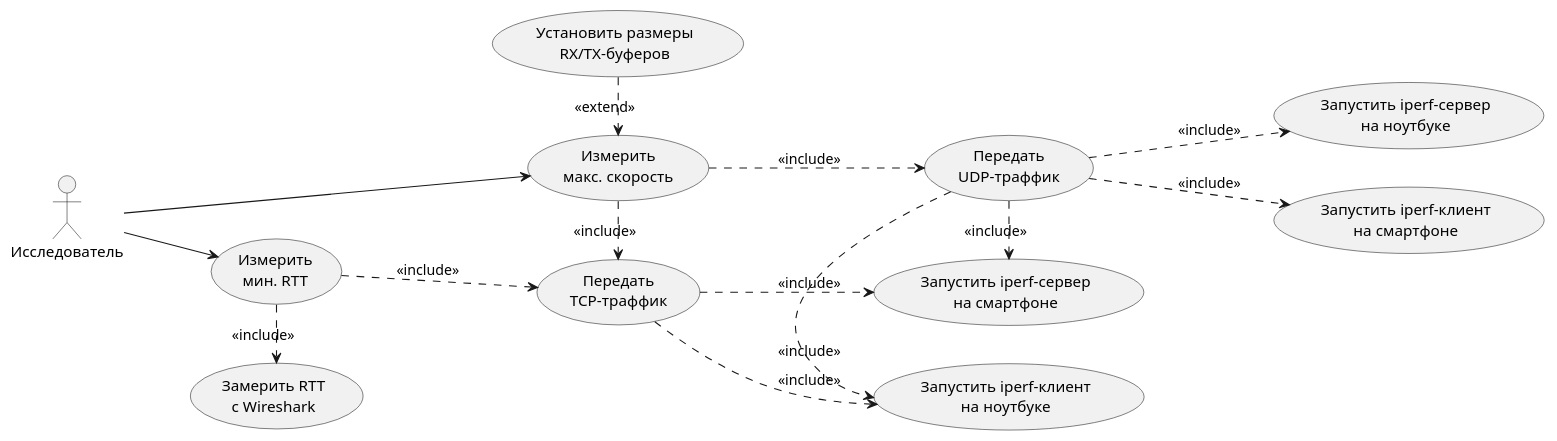
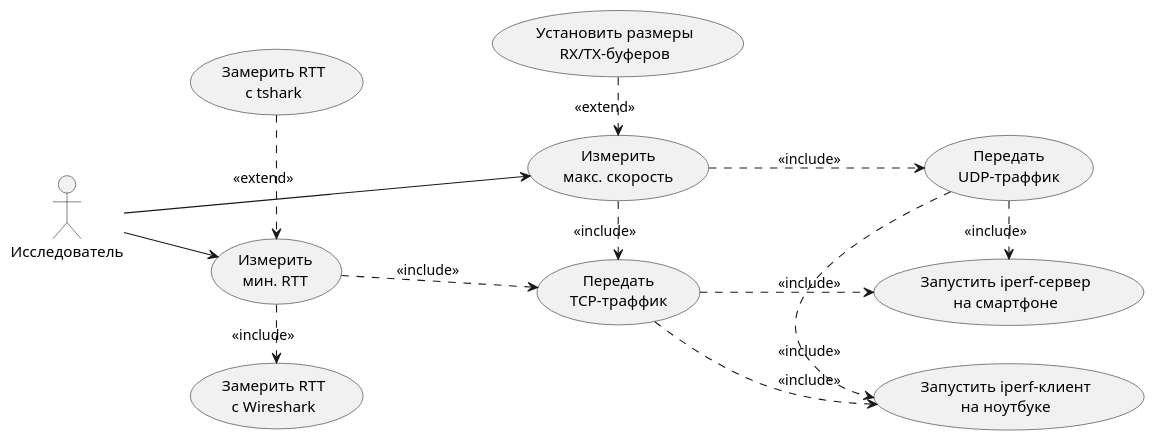
One commit to comeillfoo/telecom-netsys-design-3 changed the diagram in usecase.pu. Above: the diagram before and after it, drawn with PlantUML. The commit also changed 1 other file, not shown here.

Commit message:
feat: network and use-case diagrams

```diff
--- a/usecase.pu
+++ b/usecase.pu
@@ -1,34 +1,32 @@
 @startuml
 left to right direction
 
 :Исследователь: as user
 (Измерить\nмакс. скорость) as (measure_maxspeed)
 (Измерить\nмин. RTT) as (measure_minrtt)
 
 user --> measure_maxspeed
 user --> measure_minrtt
 
 (Передать\nTCP-траффик) as (sendrecv_tcp)
 (Запустить iperf-сервер\nна смартфоне) as (iperf_server_phone)
 (Запустить iperf-клиент\nна ноутбуке) as (iperf_client_laptop)
 (Замерить RTT\nс Wireshark) as (measure_via_wireshark)
+(Замерить RTT\nс tshark) as (measure_via_tshark)
 
 measure_minrtt ..> sendrecv_tcp : <<include>>
 measure_minrtt .> measure_via_wireshark : <<include>>
+measure_via_tshark .> measure_minrtt : <<extend>>
 sendrecv_tcp ..> iperf_client_laptop : <<include>>
 sendrecv_tcp ..> iperf_server_phone : <<include>>
 
 
 (Передать\nUDP-траффик) as (sendrecv_udp)
 (Установить размеры\nRX/TX-буферов) as (set_rx_tx_bufsz)
-(Запустить iperf-сервер\nна ноутбуке) as (iperf_server_laptop)
-(Запустить iperf-клиент\nна смартфоне) as (iperf_client_phone)
 
 measure_maxspeed .> sendrecv_udp : <<include>>
 measure_maxspeed .> sendrecv_tcp : <<include>>
 set_rx_tx_bufsz .> measure_maxspeed : <<extend>>
 sendrecv_udp .> iperf_server_phone : <<include>>
-sendrecv_udp ..> iperf_server_laptop : <<include>>
 sendrecv_udp .> iperf_client_laptop : <<include>>
-sendrecv_udp ..> iperf_client_phone : <<include>>
 @enduml
```
